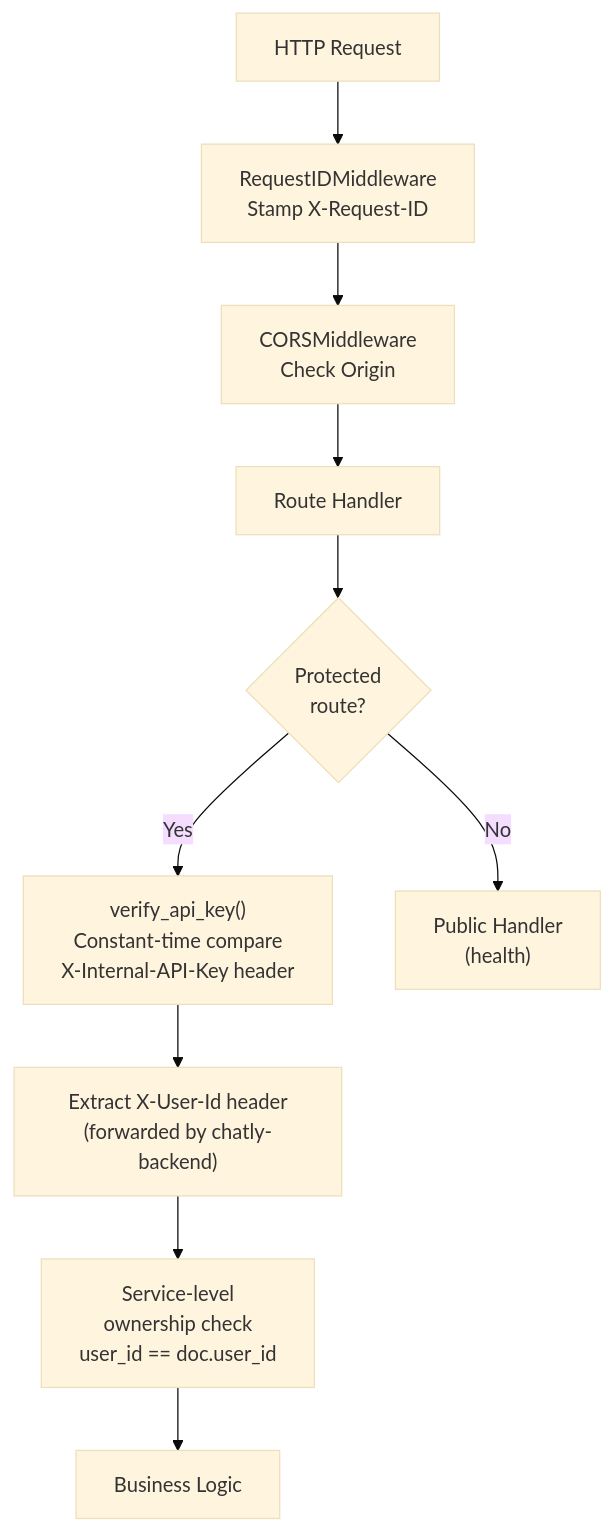
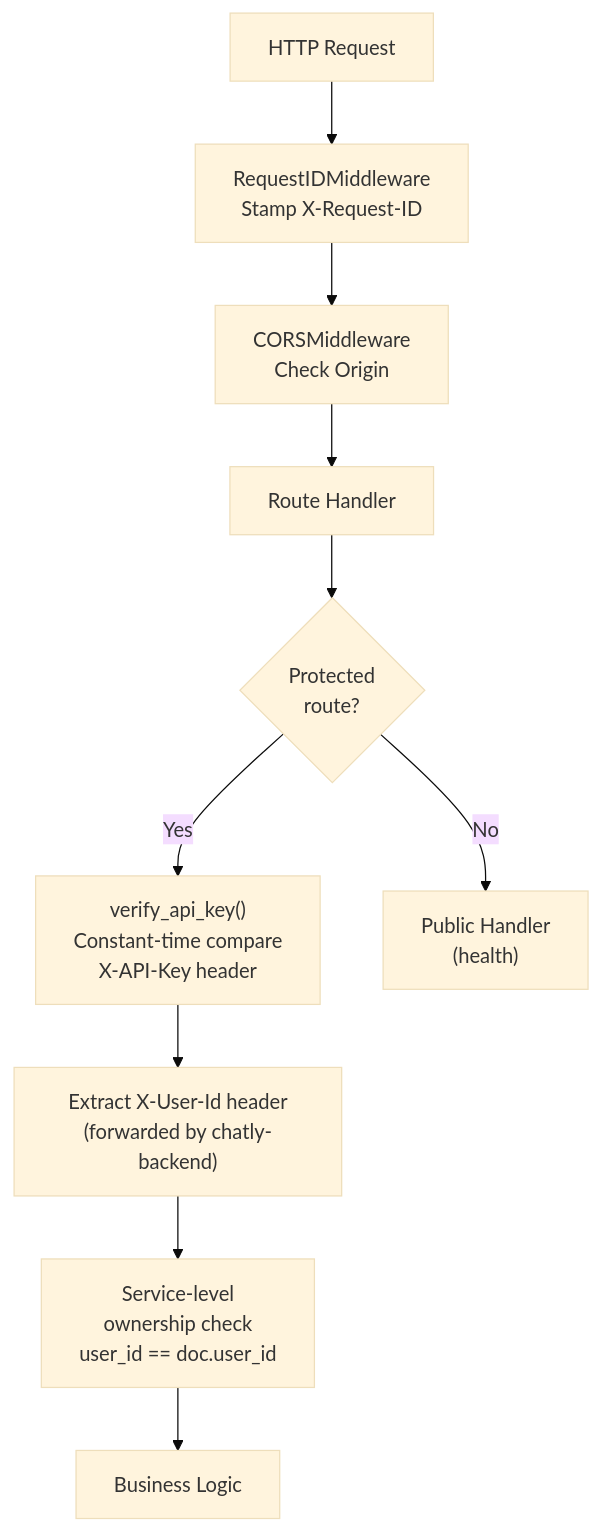
Before and after one commit to giasinguyen/chatly-messaging-platform: diagram 11 of 12 in chatly-agent/ARCHITECTURE.md, drawn with Mermaid (base theme). The commit also changed other lines of this file and 2 other files, not shown here.

Commit message:
feat: update documentation to reflect image generation capabilities and API key changes

````diff
--- a/chatly-agent/ARCHITECTURE.md
+++ b/chatly-agent/ARCHITECTURE.md
@@ -424,18 +407,18 @@
 ```mermaid
 flowchart TD
     Request["HTTP Request"]
     RID["RequestIDMiddleware\nStamp X-Request-ID"]
     CORS["CORSMiddleware\nCheck Origin"]
     Route["Route Handler"]
     Protected{Protected\nroute?}
-    APIKey["verify_api_key()\nConstant-time compare\nX-Internal-API-Key header"]
+    APIKey["verify_api_key()\nConstant-time compare\nX-API-Key header"]
     UserID["Extract X-User-Id header\n(forwarded by chatly-backend)"]
     Ownership["Service-level\nownership check\nuser_id == doc.user_id"]
     Business["Business Logic"]
     Public["Public Handler\n(health)"]
 
     Request --> RID --> CORS --> Route
     Route --> Protected
     Protected -->|Yes| APIKey --> UserID --> Ownership --> Business
     Protected -->|No| Public
 ```
````
